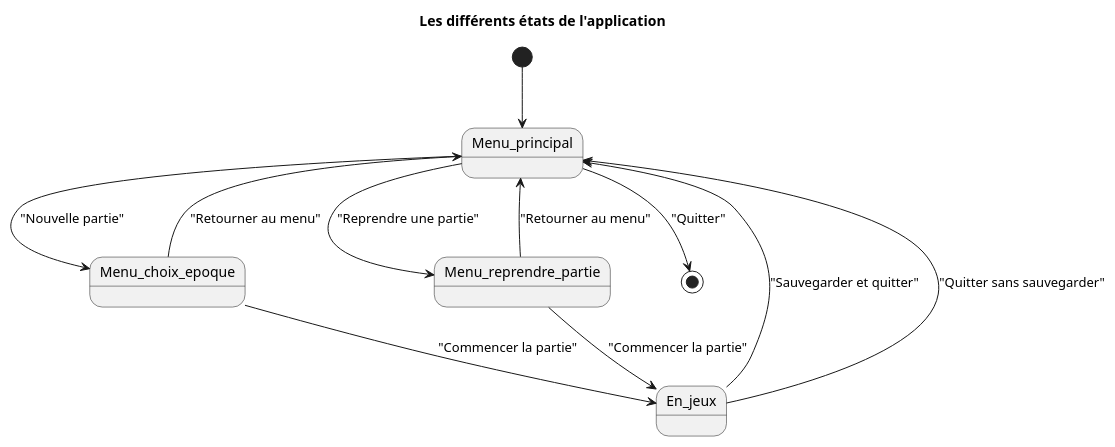
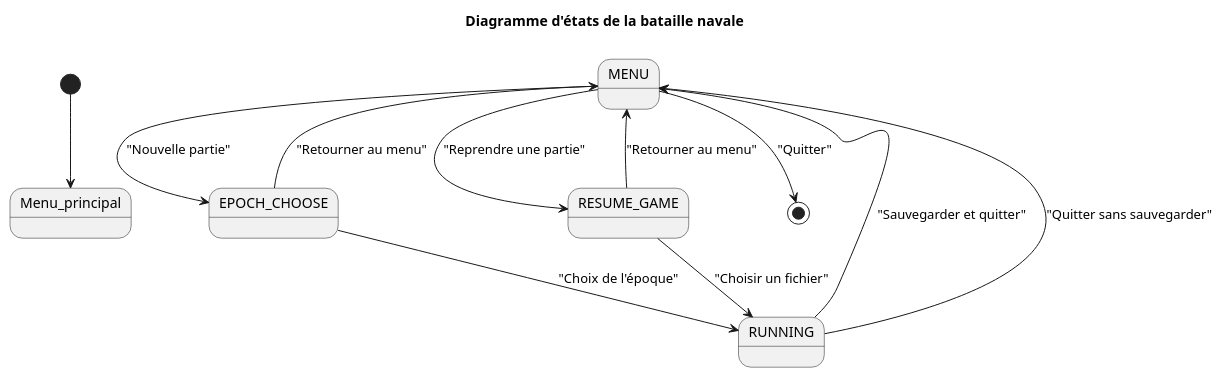
The diagram in conception/final/diag_etat.plantuml (AntoineCourtil/CAD2018_Laraclette), drawn with PlantUML before and after one commit. The commit also changed 13 other files, not shown here.

```diff
--- a/conception/final/diag_etat.plantuml
+++ b/conception/final/diag_etat.plantuml
@@ -1,19 +1,19 @@
 @startuml
 
-title Les différents états de l'application
+title Diagramme d'états de la bataille navale
 
 [*] --> Menu_principal
-Menu_principal --> Menu_choix_epoque : "Nouvelle partie"
-Menu_principal --> Menu_reprendre_partie : "Reprendre une partie"
-Menu_principal --> [*] : "Quitter"
+MENU --> EPOCH_CHOOSE : "Nouvelle partie"
+MENU --> RESUME_GAME : "Reprendre une partie"
+MENU --> [*] : "Quitter"
 
-Menu_choix_epoque --> En_jeux : "Commencer la partie"
-Menu_choix_epoque --> Menu_principal : "Retourner au menu"
+EPOCH_CHOOSE --> RUNNING : "Choix de l'époque"
+EPOCH_CHOOSE --> MENU : "Retourner au menu"
 
-Menu_reprendre_partie --> En_jeux : "Commencer la partie"
-Menu_reprendre_partie --> Menu_principal : "Retourner au menu"
+RESUME_GAME --> RUNNING : "Choisir un fichier"
+RESUME_GAME --> MENU : "Retourner au menu"
 
-En_jeux --> Menu_principal : "Sauvegarder et quitter"
-En_jeux --> Menu_principal : "Quitter sans sauvegarder"
+RUNNING --> MENU : "Sauvegarder et quitter"
+RUNNING --> MENU : "Quitter sans sauvegarder"
 
 @enduml
```
